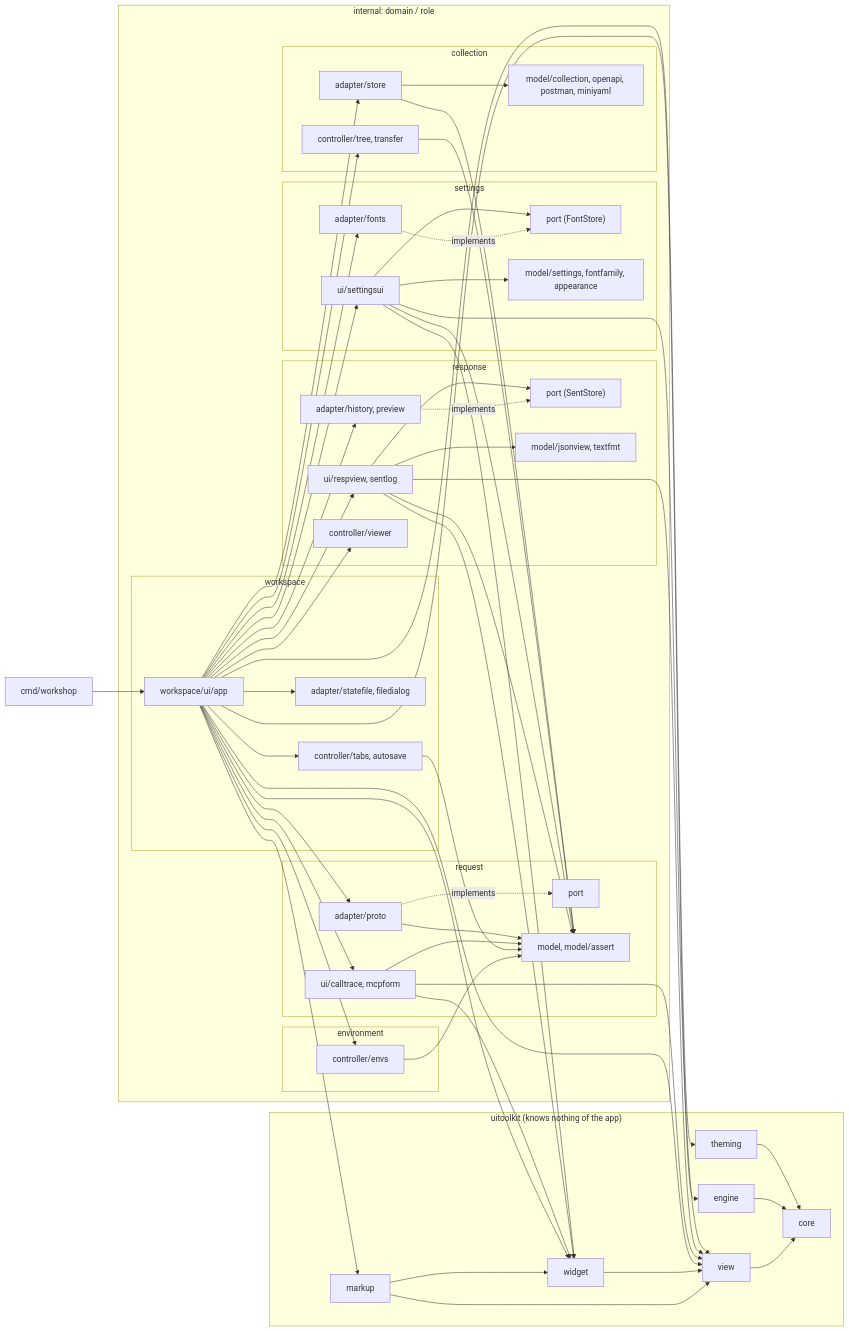
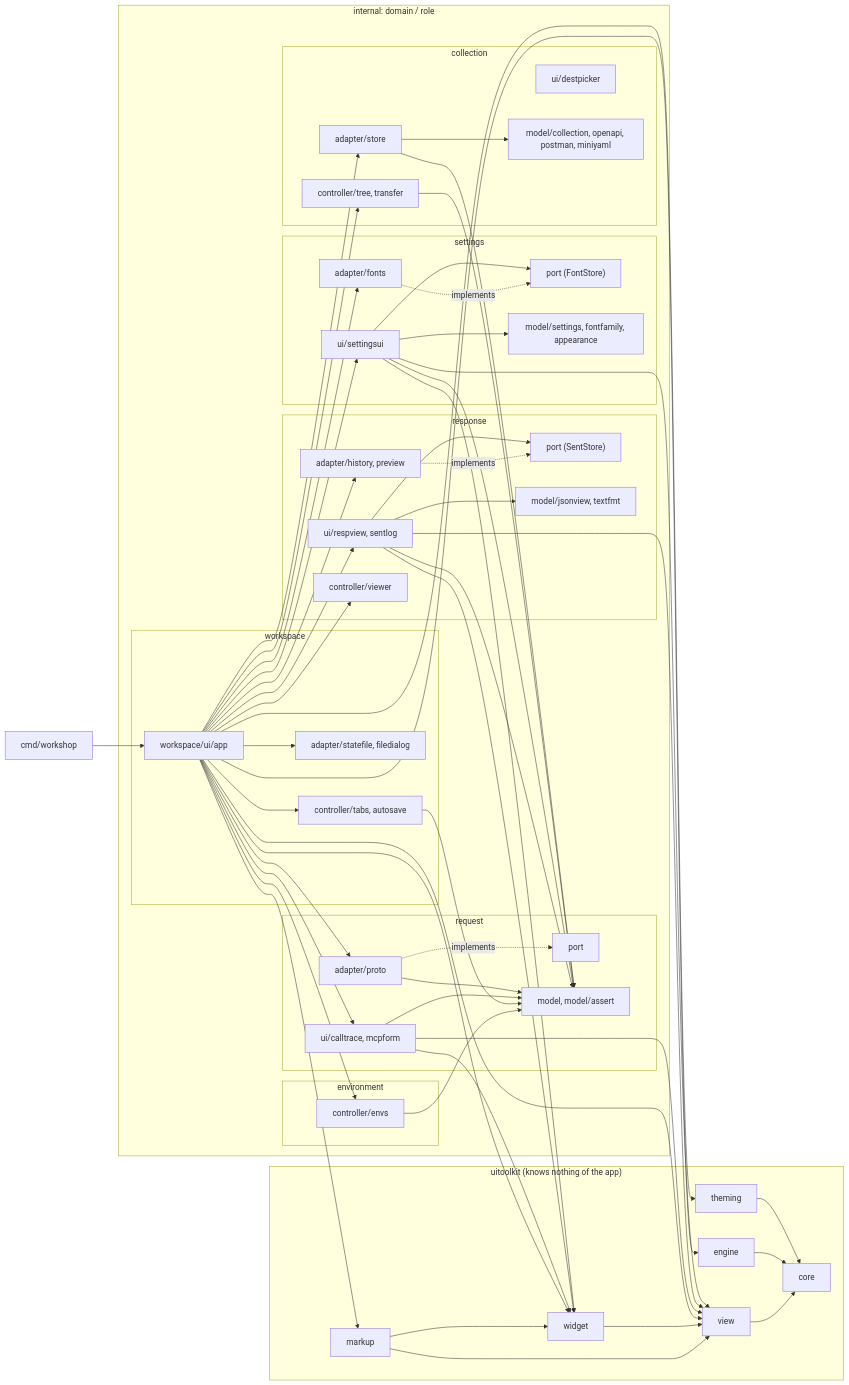
Before and after one commit to gascoigne-ai/gascoigne-workshop: the diagram in .harness/architecture.md, drawn with Mermaid. The commit also changed other lines of this file and 15 other files, not shown here.

````diff
--- a/.harness/architecture.md
+++ b/.harness/architecture.md
@@ -10,60 +10,61 @@
 ```mermaid
 flowchart LR
   cmd["cmd/workshop"] --> app["workspace/ui/app"]
   subgraph domains["internal: domain / role"]
     subgraph request
       rui["ui/calltrace, mcpform"]
       rad["adapter/proto"]
       rport["port"]
       rmod["model, model/assert"]
     end
     subgraph collection
       cad["adapter/store"]
       cctl["controller/tree, transfer"]
+      cui["ui/destpicker"]
       cmod["model/collection, openapi, postman, miniyaml"]
     end
     subgraph response
       sui["ui/respview, sentlog"]
       sport["port (SentStore)"]
       sad["adapter/history, preview"]
       smod["model/jsonview, textfmt"]
       sctl["controller/viewer"]
     end
     subgraph settings
       tui["ui/settingsui"]
       tport["port (FontStore)"]
       tad["adapter/fonts"]
       tmod["model/settings, fontfamily, appearance"]
     end
     subgraph environment
       ectl["controller/envs"]
     end
     subgraph workspace
       app
       wctl["controller/tabs, autosave"]
       wad["adapter/statefile, filedialog"]
     end
   end
   app --> ectl & wctl & cctl & sctl
   ectl & wctl & cctl --> rmod
   app --> rui & rad & cad & sui & sad & tui & tad & wad
   rui & rad & cad & sui & tui --> rmod
   rad -. implements .-> rport
   sad -. implements .-> sport
   sui --> sport
   tad -. implements .-> tport
   tui --> tport
   tui --> tmod
   cad --> cmod
   sui --> smod
   subgraph toolkit["uitoolkit (knows nothing of the app)"]
     markup["markup"] --> widget["widget"]
     markup --> view["view"]
     widget --> view
     view --> core["core"]
     engine["engine"] --> core
     theming["theming"] --> core
   end
   app --> markup & widget & view & engine & theming
   rui & sui & tui --> view & widget
 ```
````
